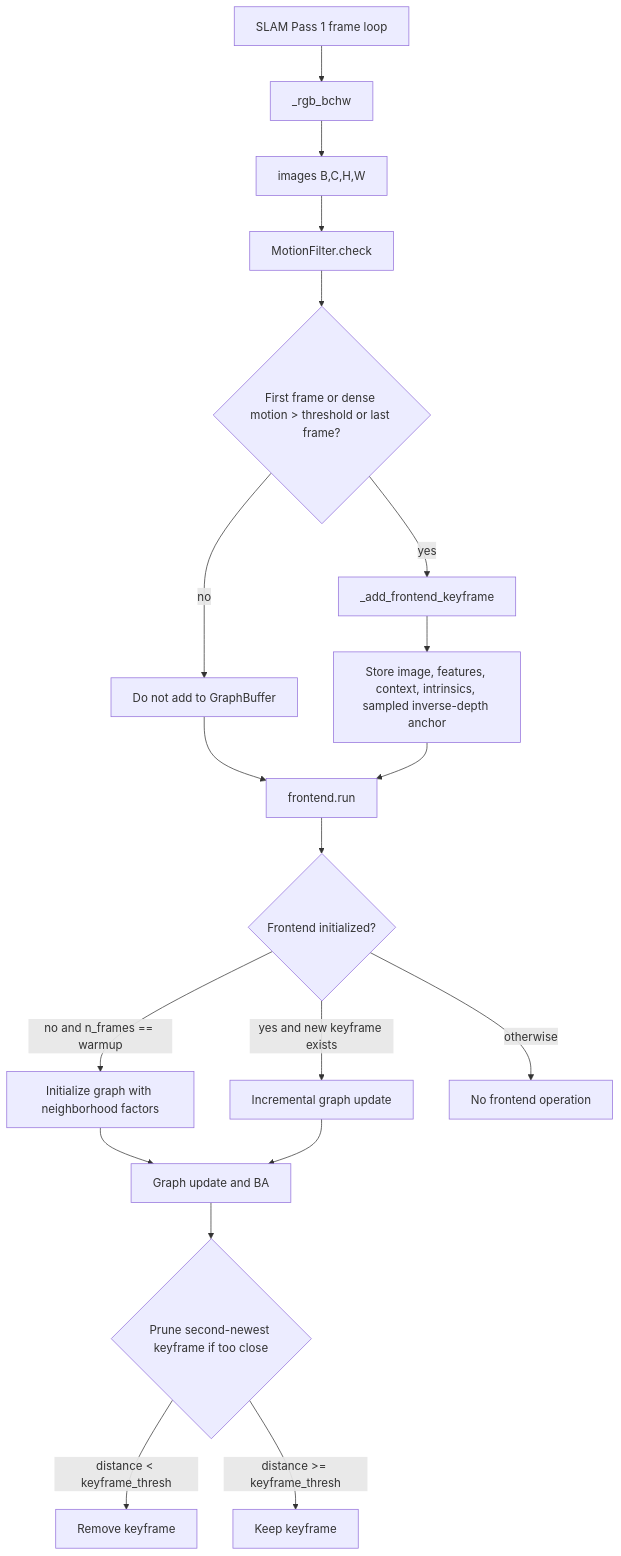
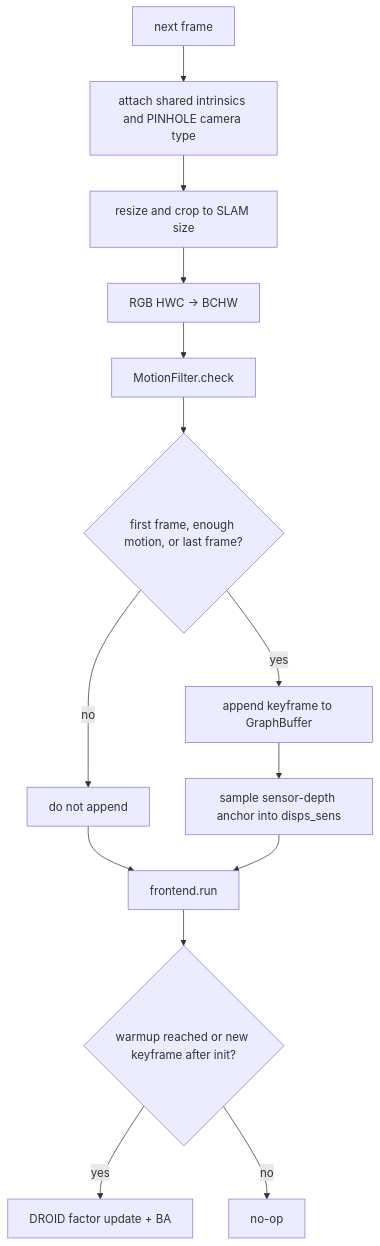
The third of 6 diagrams in fullexplain.md (sadanand1120/vipe), drawn with Mermaid before and after one commit. The commit also changed other lines of this file and 28 other files, not shown here.

````diff
--- a/fullexplain.md
+++ b/fullexplain.md
@@ -837,21 +350,16 @@
 ```mermaid
 flowchart TD
-    A[SLAM Pass 1 frame loop] --> B[_rgb_bchw]
-    B --> C[images B,C,H,W]
-    C --> D[MotionFilter.check]
-    D --> E{First frame or dense motion > threshold or last frame?}
-    E -->|yes| F[_add_frontend_keyframe]
-    E -->|no| G[Do not add to GraphBuffer]
-    F --> H[Store image, features, context, intrinsics, sampled inverse-depth anchor]
-    G --> I[frontend.run]
-    H --> I
-    I --> J{Frontend initialized?}
-    J -->|no and n_frames == warmup| K[Initialize graph with neighborhood factors]
-    J -->|yes and new keyframe exists| L[Incremental graph update]
-    J -->|otherwise| M[No frontend operation]
-    K --> N[Graph update and BA]
-    L --> N
-    N --> O{Prune second-newest keyframe if too close}
-    O -->|distance < keyframe_thresh| P[Remove keyframe]
-    O -->|distance >= keyframe_thresh| Q[Keep keyframe]
+    A[next frame] --> B[attach shared intrinsics and PINHOLE camera type]
+    B --> C[resize and crop to SLAM size]
+    C --> D[RGB HWC -> BCHW]
+    D --> E[MotionFilter.check]
+    E --> F{first frame, enough motion, or last frame?}
+    F -->|yes| G[append keyframe to GraphBuffer]
+    F -->|no| H[do not append]
+    G --> I[sample sensor-depth anchor into disps_sens]
+    H --> J[frontend.run]
+    I --> J
+    J --> K{warmup reached or new keyframe after init?}
+    K -->|yes| L[DROID factor update + BA]
+    K -->|no| M[no-op]
 ```
````
